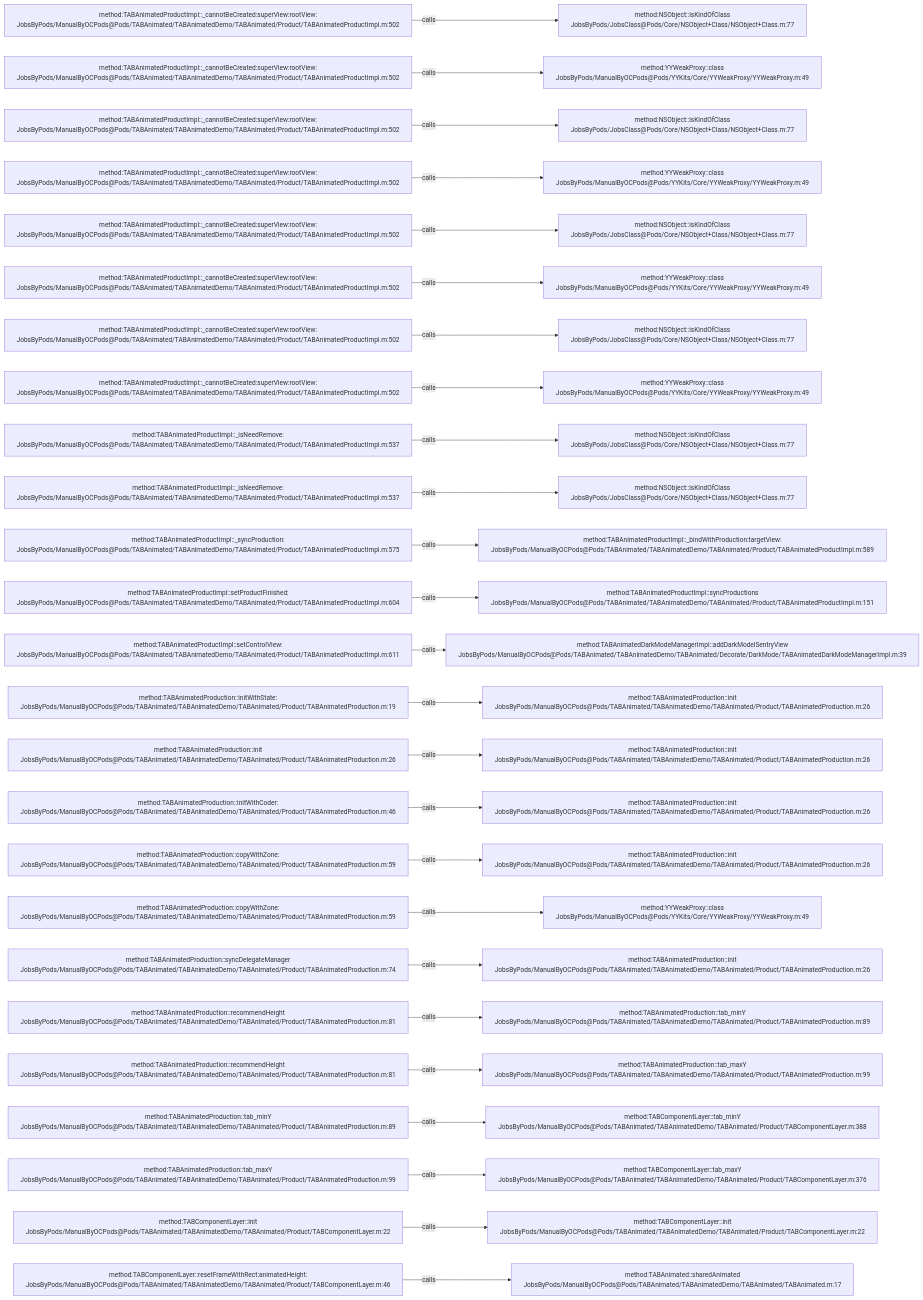
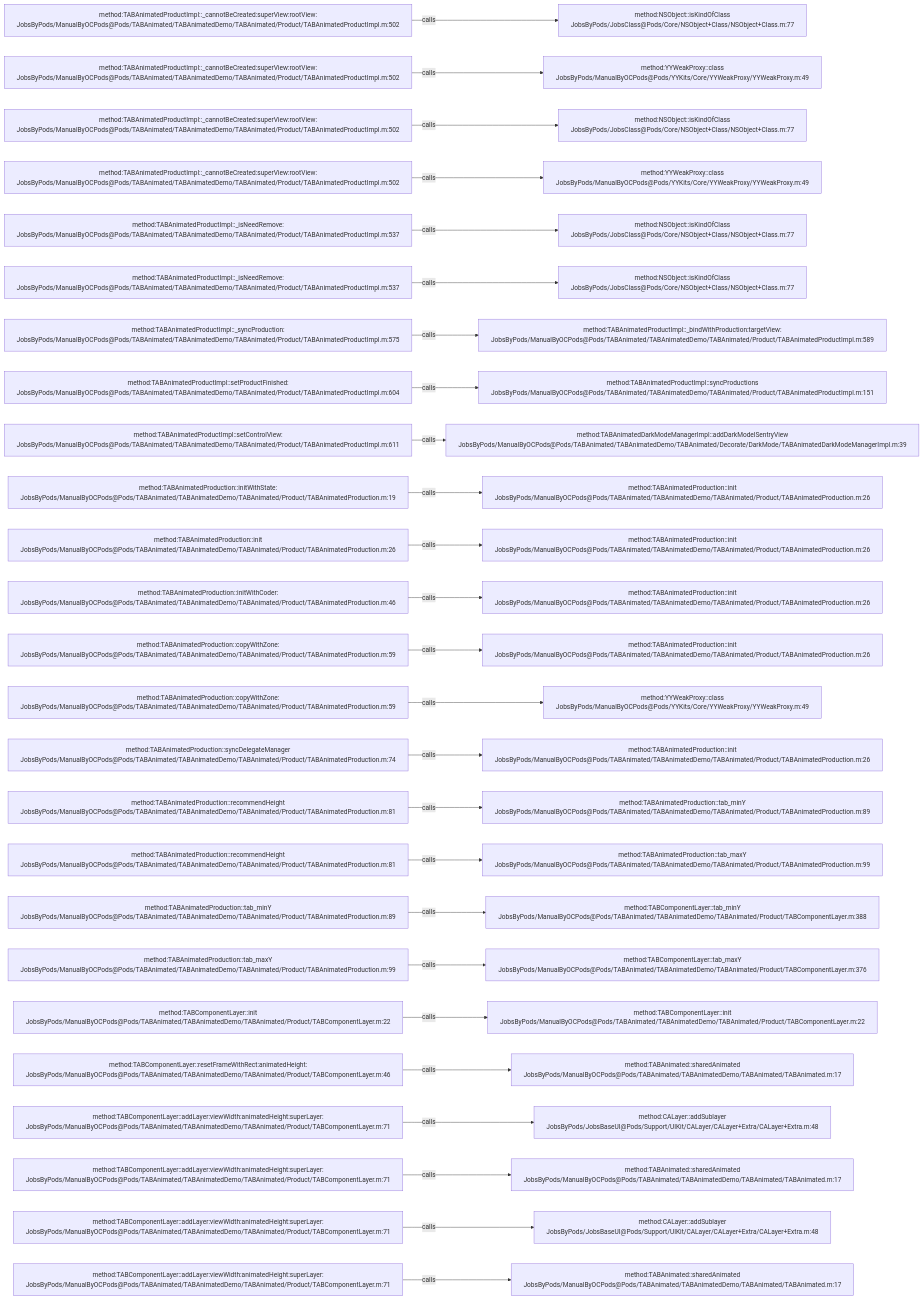
The diagram in .codegraph/codegraph.md/graphs/calls-035.md (JobsKits/JobsOCBaseConfigDemo), drawn with Mermaid before and after one commit. The commit also changed 727 other files, not shown here.

````diff
--- a/.codegraph/codegraph.md/graphs/calls-035.md
+++ b/.codegraph/codegraph.md/graphs/calls-035.md
@@ -13,78 +13,78 @@
 ```mermaid
 flowchart LR
   S1["method:TABAnimatedProductImpl::_cannotBeCreated:superView:rootView:<br/>JobsByPods/ManualByOCPods@Pods/TABAnimated/TABAnimatedDemo/TABAnimated/Product/TABAnimatedProductImpl.m:502"]
   T1["method:NSObject::isKindOfClass<br/>JobsByPods/JobsClass@Pods/Core/NSObject+Class/NSObject+Class.m:77"]
   S1 -->|calls| T1
   S2["method:TABAnimatedProductImpl::_cannotBeCreated:superView:rootView:<br/>JobsByPods/ManualByOCPods@Pods/TABAnimated/TABAnimatedDemo/TABAnimated/Product/TABAnimatedProductImpl.m:502"]
   T2["method:YYWeakProxy::class<br/>JobsByPods/ManualByOCPods@Pods/YYKits/Core/YYWeakProxy/YYWeakProxy.m:49"]
   S2 -->|calls| T2
   S3["method:TABAnimatedProductImpl::_cannotBeCreated:superView:rootView:<br/>JobsByPods/ManualByOCPods@Pods/TABAnimated/TABAnimatedDemo/TABAnimated/Product/TABAnimatedProductImpl.m:502"]
   T3["method:NSObject::isKindOfClass<br/>JobsByPods/JobsClass@Pods/Core/NSObject+Class/NSObject+Class.m:77"]
   S3 -->|calls| T3
   S4["method:TABAnimatedProductImpl::_cannotBeCreated:superView:rootView:<br/>JobsByPods/ManualByOCPods@Pods/TABAnimated/TABAnimatedDemo/TABAnimated/Product/TABAnimatedProductImpl.m:502"]
   T4["method:YYWeakProxy::class<br/>JobsByPods/ManualByOCPods@Pods/YYKits/Core/YYWeakProxy/YYWeakProxy.m:49"]
   S4 -->|calls| T4
-  S5["method:TABAnimatedProductImpl::_cannotBeCreated:superView:rootView:<br/>JobsByPods/ManualByOCPods@Pods/TABAnimated/TABAnimatedDemo/TABAnimated/Product/TABAnimatedProductImpl.m:502"]
+  S5["method:TABAnimatedProductImpl::_isNeedRemove:<br/>JobsByPods/ManualByOCPods@Pods/TABAnimated/TABAnimatedDemo/TABAnimated/Product/TABAnimatedProductImpl.m:537"]
   T5["method:NSObject::isKindOfClass<br/>JobsByPods/JobsClass@Pods/Core/NSObject+Class/NSObject+Class.m:77"]
   S5 -->|calls| T5
-  S6["method:TABAnimatedProductImpl::_cannotBeCreated:superView:rootView:<br/>JobsByPods/ManualByOCPods@Pods/TABAnimated/TABAnimatedDemo/TABAnimated/Product/TABAnimatedProductImpl.m:502"]
-  T6["method:YYWeakProxy::class<br/>JobsByPods/ManualByOCPods@Pods/YYKits/Core/YYWeakProxy/YYWeakProxy.m:49"]
+  S6["method:TABAnimatedProductImpl::_isNeedRemove:<br/>JobsByPods/ManualByOCPods@Pods/TABAnimated/TABAnimatedDemo/TABAnimated/Product/TABAnimatedProductImpl.m:537"]
+  T6["method:NSObject::isKindOfClass<br/>JobsByPods/JobsClass@Pods/Core/NSObject+Class/NSObject+Class.m:77"]
   S6 -->|calls| T6
-  S7["method:TABAnimatedProductImpl::_cannotBeCreated:superView:rootView:<br/>JobsByPods/ManualByOCPods@Pods/TABAnimated/TABAnimatedDemo/TABAnimated/Product/TABAnimatedProductImpl.m:502"]
-  T7["method:NSObject::isKindOfClass<br/>JobsByPods/JobsClass@Pods/Core/NSObject+Class/NSObject+Class.m:77"]
+  S7["method:TABAnimatedProductImpl::_syncProduction:<br/>JobsByPods/ManualByOCPods@Pods/TABAnimated/TABAnimatedDemo/TABAnimated/Product/TABAnimatedProductImpl.m:575"]
+  T7["method:TABAnimatedProductImpl::_bindWithProduction:targetView:<br/>JobsByPods/ManualByOCPods@Pods/TABAnimated/TABAnimatedDemo/TABAnimated/Product/TABAnimatedProductImpl.m:589"]
   S7 -->|calls| T7
-  S8["method:TABAnimatedProductImpl::_cannotBeCreated:superView:rootView:<br/>JobsByPods/ManualByOCPods@Pods/TABAnimated/TABAnimatedDemo/TABAnimated/Product/TABAnimatedProductImpl.m:502"]
-  T8["method:YYWeakProxy::class<br/>JobsByPods/ManualByOCPods@Pods/YYKits/Core/YYWeakProxy/YYWeakProxy.m:49"]
+  S8["method:TABAnimatedProductImpl::setProductFinished:<br/>JobsByPods/ManualByOCPods@Pods/TABAnimated/TABAnimatedDemo/TABAnimated/Product/TABAnimatedProductImpl.m:604"]
+  T8["method:TABAnimatedProductImpl::syncProductions<br/>JobsByPods/ManualByOCPods@Pods/TABAnimated/TABAnimatedDemo/TABAnimated/Product/TABAnimatedProductImpl.m:151"]
   S8 -->|calls| T8
-  S9["method:TABAnimatedProductImpl::_isNeedRemove:<br/>JobsByPods/ManualByOCPods@Pods/TABAnimated/TABAnimatedDemo/TABAnimated/Product/TABAnimatedProductImpl.m:537"]
-  T9["method:NSObject::isKindOfClass<br/>JobsByPods/JobsClass@Pods/Core/NSObject+Class/NSObject+Class.m:77"]
+  S9["method:TABAnimatedProductImpl::setControlView:<br/>JobsByPods/ManualByOCPods@Pods/TABAnimated/TABAnimatedDemo/TABAnimated/Product/TABAnimatedProductImpl.m:611"]
+  T9["method:TABAnimatedDarkModeManagerImpl::addDarkModelSentryView<br/>JobsByPods/ManualByOCPods@Pods/TABAnimated/TABAnimatedDemo/TABAnimated/Decorate/DarkMode/TABAnimatedDarkModeManagerImpl.m:39"]
   S9 -->|calls| T9
-  S10["method:TABAnimatedProductImpl::_isNeedRemove:<br/>JobsByPods/ManualByOCPods@Pods/TABAnimated/TABAnimatedDemo/TABAnimated/Product/TABAnimatedProductImpl.m:537"]
-  T10["method:NSObject::isKindOfClass<br/>JobsByPods/JobsClass@Pods/Core/NSObject+Class/NSObject+Class.m:77"]
+  S10["method:TABAnimatedProduction::initWithState:<br/>JobsByPods/ManualByOCPods@Pods/TABAnimated/TABAnimatedDemo/TABAnimated/Product/TABAnimatedProduction.m:19"]
+  T10["method:TABAnimatedProduction::init<br/>JobsByPods/ManualByOCPods@Pods/TABAnimated/TABAnimatedDemo/TABAnimated/Product/TABAnimatedProduction.m:26"]
   S10 -->|calls| T10
-  S11["method:TABAnimatedProductImpl::_syncProduction:<br/>JobsByPods/ManualByOCPods@Pods/TABAnimated/TABAnimatedDemo/TABAnimated/Product/TABAnimatedProductImpl.m:575"]
-  T11["method:TABAnimatedProductImpl::_bindWithProduction:targetView:<br/>JobsByPods/ManualByOCPods@Pods/TABAnimated/TABAnimatedDemo/TABAnimated/Product/TABAnimatedProductImpl.m:589"]
+  S11["method:TABAnimatedProduction::init<br/>JobsByPods/ManualByOCPods@Pods/TABAnimated/TABAnimatedDemo/TABAnimated/Product/TABAnimatedProduction.m:26"]
+  T11["method:TABAnimatedProduction::init<br/>JobsByPods/ManualByOCPods@Pods/TABAnimated/TABAnimatedDemo/TABAnimated/Product/TABAnimatedProduction.m:26"]
   S11 -->|calls| T11
-  S12["method:TABAnimatedProductImpl::setProductFinished:<br/>JobsByPods/ManualByOCPods@Pods/TABAnimated/TABAnimatedDemo/TABAnimated/Product/TABAnimatedProductImpl.m:604"]
-  T12["method:TABAnimatedProductImpl::syncProductions<br/>JobsByPods/ManualByOCPods@Pods/TABAnimated/TABAnimatedDemo/TABAnimated/Product/TABAnimatedProductImpl.m:151"]
+  S12["method:TABAnimatedProduction::initWithCoder:<br/>JobsByPods/ManualByOCPods@Pods/TABAnimated/TABAnimatedDemo/TABAnimated/Product/TABAnimatedProduction.m:46"]
+  T12["method:TABAnimatedProduction::init<br/>JobsByPods/ManualByOCPods@Pods/TABAnimated/TABAnimatedDemo/TABAnimated/Product/TABAnimatedProduction.m:26"]
   S12 -->|calls| T12
-  S13["method:TABAnimatedProductImpl::setControlView:<br/>JobsByPods/ManualByOCPods@Pods/TABAnimated/TABAnimatedDemo/TABAnimated/Product/TABAnimatedProductImpl.m:611"]
-  T13["method:TABAnimatedDarkModeManagerImpl::addDarkModelSentryView<br/>JobsByPods/ManualByOCPods@Pods/TABAnimated/TABAnimatedDemo/TABAnimated/Decorate/DarkMode/TABAnimatedDarkModeManagerImpl.m:39"]
+  S13["method:TABAnimatedProduction::copyWithZone:<br/>JobsByPods/ManualByOCPods@Pods/TABAnimated/TABAnimatedDemo/TABAnimated/Product/TABAnimatedProduction.m:59"]
+  T13["method:TABAnimatedProduction::init<br/>JobsByPods/ManualByOCPods@Pods/TABAnimated/TABAnimatedDemo/TABAnimated/Product/TABAnimatedProduction.m:26"]
   S13 -->|calls| T13
-  S14["method:TABAnimatedProduction::initWithState:<br/>JobsByPods/ManualByOCPods@Pods/TABAnimated/TABAnimatedDemo/TABAnimated/Product/TABAnimatedProduction.m:19"]
-  T14["method:TABAnimatedProduction::init<br/>JobsByPods/ManualByOCPods@Pods/TABAnimated/TABAnimatedDemo/TABAnimated/Product/TABAnimatedProduction.m:26"]
+  S14["method:TABAnimatedProduction::copyWithZone:<br/>JobsByPods/ManualByOCPods@Pods/TABAnimated/TABAnimatedDemo/TABAnimated/Product/TABAnimatedProduction.m:59"]
+  T14["method:YYWeakProxy::class<br/>JobsByPods/ManualByOCPods@Pods/YYKits/Core/YYWeakProxy/YYWeakProxy.m:49"]
   S14 -->|calls| T14
-  S15["method:TABAnimatedProduction::init<br/>JobsByPods/ManualByOCPods@Pods/TABAnimated/TABAnimatedDemo/TABAnimated/Product/TABAnimatedProduction.m:26"]
+  S15["method:TABAnimatedProduction::syncDelegateManager<br/>JobsByPods/ManualByOCPods@Pods/TABAnimated/TABAnimatedDemo/TABAnimated/Product/TABAnimatedProduction.m:74"]
   T15["method:TABAnimatedProduction::init<br/>JobsByPods/ManualByOCPods@Pods/TABAnimated/TABAnimatedDemo/TABAnimated/Product/TABAnimatedProduction.m:26"]
   S15 -->|calls| T15
-  S16["method:TABAnimatedProduction::initWithCoder:<br/>JobsByPods/ManualByOCPods@Pods/TABAnimated/TABAnimatedDemo/TABAnimated/Product/TABAnimatedProduction.m:46"]
-  T16["method:TABAnimatedProduction::init<br/>JobsByPods/ManualByOCPods@Pods/TABAnimated/TABAnimatedDemo/TABAnimated/Product/TABAnimatedProduction.m:26"]
+  S16["method:TABAnimatedProduction::recommendHeight<br/>JobsByPods/ManualByOCPods@Pods/TABAnimated/TABAnimatedDemo/TABAnimated/Product/TABAnimatedProduction.m:81"]
+  T16["method:TABAnimatedProduction::tab_minY<br/>JobsByPods/ManualByOCPods@Pods/TABAnimated/TABAnimatedDemo/TABAnimated/Product/TABAnimatedProduction.m:89"]
   S16 -->|calls| T16
-  S17["method:TABAnimatedProduction::copyWithZone:<br/>JobsByPods/ManualByOCPods@Pods/TABAnimated/TABAnimatedDemo/TABAnimated/Product/TABAnimatedProduction.m:59"]
-  T17["method:TABAnimatedProduction::init<br/>JobsByPods/ManualByOCPods@Pods/TABAnimated/TABAnimatedDemo/TABAnimated/Product/TABAnimatedProduction.m:26"]
+  S17["method:TABAnimatedProduction::recommendHeight<br/>JobsByPods/ManualByOCPods@Pods/TABAnimated/TABAnimatedDemo/TABAnimated/Product/TABAnimatedProduction.m:81"]
+  T17["method:TABAnimatedProduction::tab_maxY<br/>JobsByPods/ManualByOCPods@Pods/TABAnimated/TABAnimatedDemo/TABAnimated/Product/TABAnimatedProduction.m:99"]
   S17 -->|calls| T17
-  S18["method:TABAnimatedProduction::copyWithZone:<br/>JobsByPods/ManualByOCPods@Pods/TABAnimated/TABAnimatedDemo/TABAnimated/Product/TABAnimatedProduction.m:59"]
-  T18["method:YYWeakProxy::class<br/>JobsByPods/ManualByOCPods@Pods/YYKits/Core/YYWeakProxy/YYWeakProxy.m:49"]
+  S18["method:TABAnimatedProduction::tab_minY<br/>JobsByPods/ManualByOCPods@Pods/TABAnimated/TABAnimatedDemo/TABAnimated/Product/TABAnimatedProduction.m:89"]
+  T18["method:TABComponentLayer::tab_minY<br/>JobsByPods/ManualByOCPods@Pods/TABAnimated/TABAnimatedDemo/TABAnimated/Product/TABComponentLayer.m:388"]
   S18 -->|calls| T18
-  S19["method:TABAnimatedProduction::syncDelegateManager<br/>JobsByPods/ManualByOCPods@Pods/TABAnimated/TABAnimatedDemo/TABAnimated/Product/TABAnimatedProduction.m:74"]
-  T19["method:TABAnimatedProduction::init<br/>JobsByPods/ManualByOCPods@Pods/TABAnimated/TABAnimatedDemo/TABAnimated/Product/TABAnimatedProduction.m:26"]
+  S19["method:TABAnimatedProduction::tab_maxY<br/>JobsByPods/ManualByOCPods@Pods/TABAnimated/TABAnimatedDemo/TABAnimated/Product/TABAnimatedProduction.m:99"]
+  T19["method:TABComponentLayer::tab_maxY<br/>JobsByPods/ManualByOCPods@Pods/TABAnimated/TABAnimatedDemo/TABAnimated/Product/TABComponentLayer.m:376"]
   S19 -->|calls| T19
-  S20["method:TABAnimatedProduction::recommendHeight<br/>JobsByPods/ManualByOCPods@Pods/TABAnimated/TABAnimatedDemo/TABAnimated/Product/TABAnimatedProduction.m:81"]
-  T20["method:TABAnimatedProduction::tab_minY<br/>JobsByPods/ManualByOCPods@Pods/TABAnimated/TABAnimatedDemo/TABAnimated/Product/TABAnimatedProduction.m:89"]
+  S20["method:TABComponentLayer::init<br/>JobsByPods/ManualByOCPods@Pods/TABAnimated/TABAnimatedDemo/TABAnimated/Product/TABComponentLayer.m:22"]
+  T20["method:TABComponentLayer::init<br/>JobsByPods/ManualByOCPods@Pods/TABAnimated/TABAnimatedDemo/TABAnimated/Product/TABComponentLayer.m:22"]
   S20 -->|calls| T20
-  S21["method:TABAnimatedProduction::recommendHeight<br/>JobsByPods/ManualByOCPods@Pods/TABAnimated/TABAnimatedDemo/TABAnimated/Product/TABAnimatedProduction.m:81"]
-  T21["method:TABAnimatedProduction::tab_maxY<br/>JobsByPods/ManualByOCPods@Pods/TABAnimated/TABAnimatedDemo/TABAnimated/Product/TABAnimatedProduction.m:99"]
+  S21["method:TABComponentLayer::resetFrameWithRect:animatedHeight:<br/>JobsByPods/ManualByOCPods@Pods/TABAnimated/TABAnimatedDemo/TABAnimated/Product/TABComponentLayer.m:46"]
+  T21["method:TABAnimated::sharedAnimated<br/>JobsByPods/ManualByOCPods@Pods/TABAnimated/TABAnimatedDemo/TABAnimated/TABAnimated.m:17"]
   S21 -->|calls| T21
-  S22["method:TABAnimatedProduction::tab_minY<br/>JobsByPods/ManualByOCPods@Pods/TABAnimated/TABAnimatedDemo/TABAnimated/Product/TABAnimatedProduction.m:89"]
-  T22["method:TABComponentLayer::tab_minY<br/>JobsByPods/ManualByOCPods@Pods/TABAnimated/TABAnimatedDemo/TABAnimated/Product/TABComponentLayer.m:388"]
+  S22["method:TABComponentLayer::addLayer:viewWidth:animatedHeight:superLayer:<br/>JobsByPods/ManualByOCPods@Pods/TABAnimated/TABAnimatedDemo/TABAnimated/Product/TABComponentLayer.m:71"]
+  T22["method:CALayer::addSublayer<br/>JobsByPods/JobsBaseUI@Pods/Support/UIKit/CALayer/CALayer+Extra/CALayer+Extra.m:48"]
   S22 -->|calls| T22
-  S23["method:TABAnimatedProduction::tab_maxY<br/>JobsByPods/ManualByOCPods@Pods/TABAnimated/TABAnimatedDemo/TABAnimated/Product/TABAnimatedProduction.m:99"]
-  T23["method:TABComponentLayer::tab_maxY<br/>JobsByPods/ManualByOCPods@Pods/TABAnimated/TABAnimatedDemo/TABAnimated/Product/TABComponentLayer.m:376"]
+  S23["method:TABComponentLayer::addLayer:viewWidth:animatedHeight:superLayer:<br/>JobsByPods/ManualByOCPods@Pods/TABAnimated/TABAnimatedDemo/TABAnimated/Product/TABComponentLayer.m:71"]
+  T23["method:TABAnimated::sharedAnimated<br/>JobsByPods/ManualByOCPods@Pods/TABAnimated/TABAnimatedDemo/TABAnimated/TABAnimated.m:17"]
   S23 -->|calls| T23
-  S24["method:TABComponentLayer::init<br/>JobsByPods/ManualByOCPods@Pods/TABAnimated/TABAnimatedDemo/TABAnimated/Product/TABComponentLayer.m:22"]
-  T24["method:TABComponentLayer::init<br/>JobsByPods/ManualByOCPods@Pods/TABAnimated/TABAnimatedDemo/TABAnimated/Product/TABComponentLayer.m:22"]
+  S24["method:TABComponentLayer::addLayer:viewWidth:animatedHeight:superLayer:<br/>JobsByPods/ManualByOCPods@Pods/TABAnimated/TABAnimatedDemo/TABAnimated/Product/TABComponentLayer.m:71"]
+  T24["method:CALayer::addSublayer<br/>JobsByPods/JobsBaseUI@Pods/Support/UIKit/CALayer/CALayer+Extra/CALayer+Extra.m:48"]
   S24 -->|calls| T24
-  S25["method:TABComponentLayer::resetFrameWithRect:animatedHeight:<br/>JobsByPods/ManualByOCPods@Pods/TABAnimated/TABAnimatedDemo/TABAnimated/Product/TABComponentLayer.m:46"]
+  S25["method:TABComponentLayer::addLayer:viewWidth:animatedHeight:superLayer:<br/>JobsByPods/ManualByOCPods@Pods/TABAnimated/TABAnimatedDemo/TABAnimated/Product/TABComponentLayer.m:71"]
   T25["method:TABAnimated::sharedAnimated<br/>JobsByPods/ManualByOCPods@Pods/TABAnimated/TABAnimatedDemo/TABAnimated/TABAnimated.m:17"]
   S25 -->|calls| T25
 ```
````
